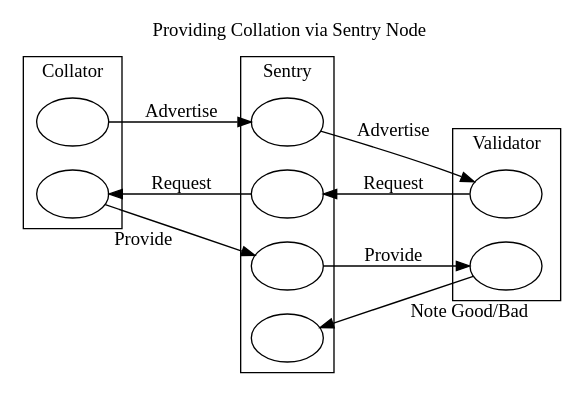
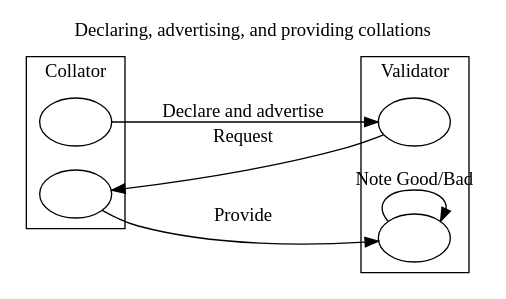
One commit to paritytech/polkadot changed the second of 2 diagrams in roadmap/implementers-guide/src/node/collators/collator-protocol.md. Above: the diagram before and after it, drawn with Graphviz. The commit also changed other lines of this file, not shown here.

Commit message:
remove references to sentry nodes

````diff
--- a/roadmap/implementers-guide/src/node/collators/collator-protocol.md
+++ b/roadmap/implementers-guide/src/node/collators/collator-protocol.md
@@ -113,40 +83,31 @@
 ```dot process
 digraph G {
-  label = "Providing Collation via Sentry Node";
+  label = "Declaring, advertising, and providing collations";
   labelloc = "t";
   rankdir = LR;
 
   subgraph cluster_collator {
       rank = min;
       label = "Collator";
       graph[style = border, rank = min];
 
       c1, c2 [label = ""];
   }
 
-  subgraph cluster_sentry {
-      rank = same;
-      label = "Sentry";
-      graph[style = border];
-
-      s1, s2, s3, s4 [rank = same, label = ""];
-  }
-
   subgraph cluster_validator {
       rank = same;
       label = "Validator";
       graph[style = border];
 
       v1, v2 [label = ""];
   }
 
-  c1 -> s1 -> v1 [label = "Advertise"];
+  c1 -> v1 [label = "Declare and advertise"];
 
-  v1 -> s2 -> c2 [label = "Request"];
+  v1 -> c2 [label = "Request"];
 
-  c2 -> s3 [xlabel = "Provide"];
-  s3 -> v2 [label = "Provide"];
+  c2 -> v2 [label = "Provide"];
 
-  v2 -> s4 [xlabel = "Note Good/Bad"];
+  v2 -> v2 [label = "Note Good/Bad"];
 }
 ```
````
